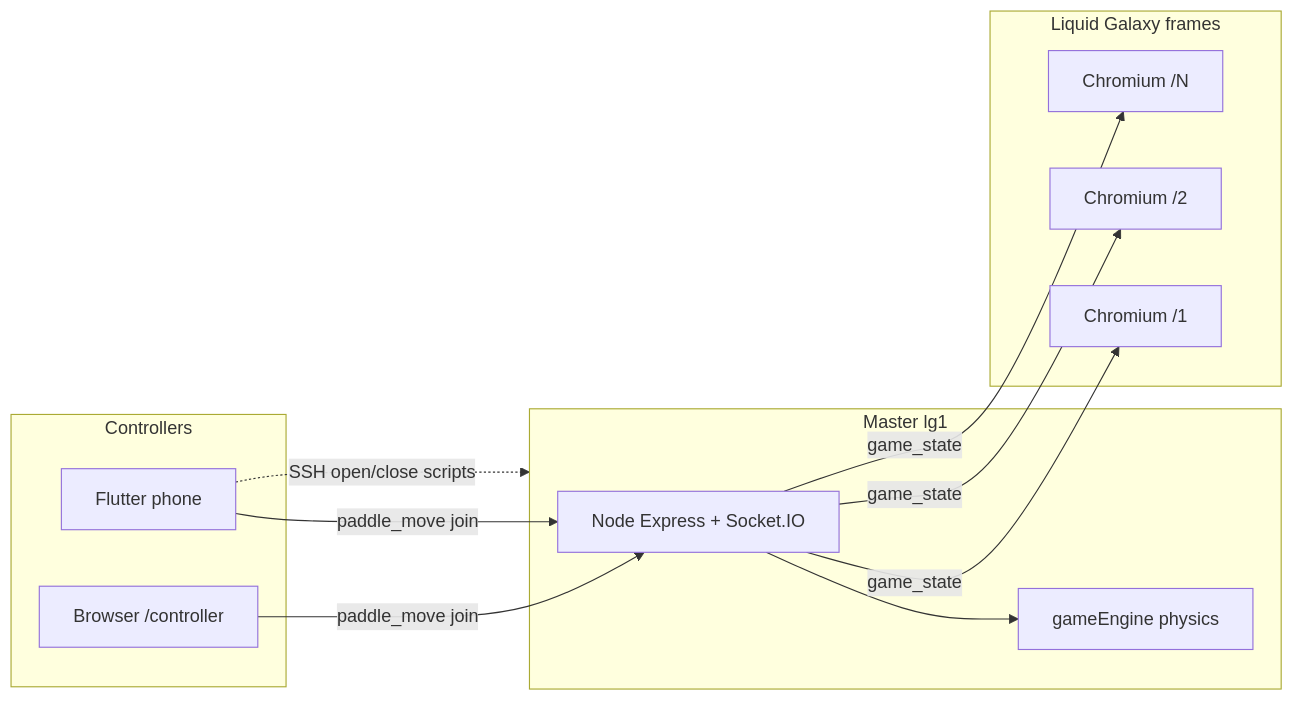
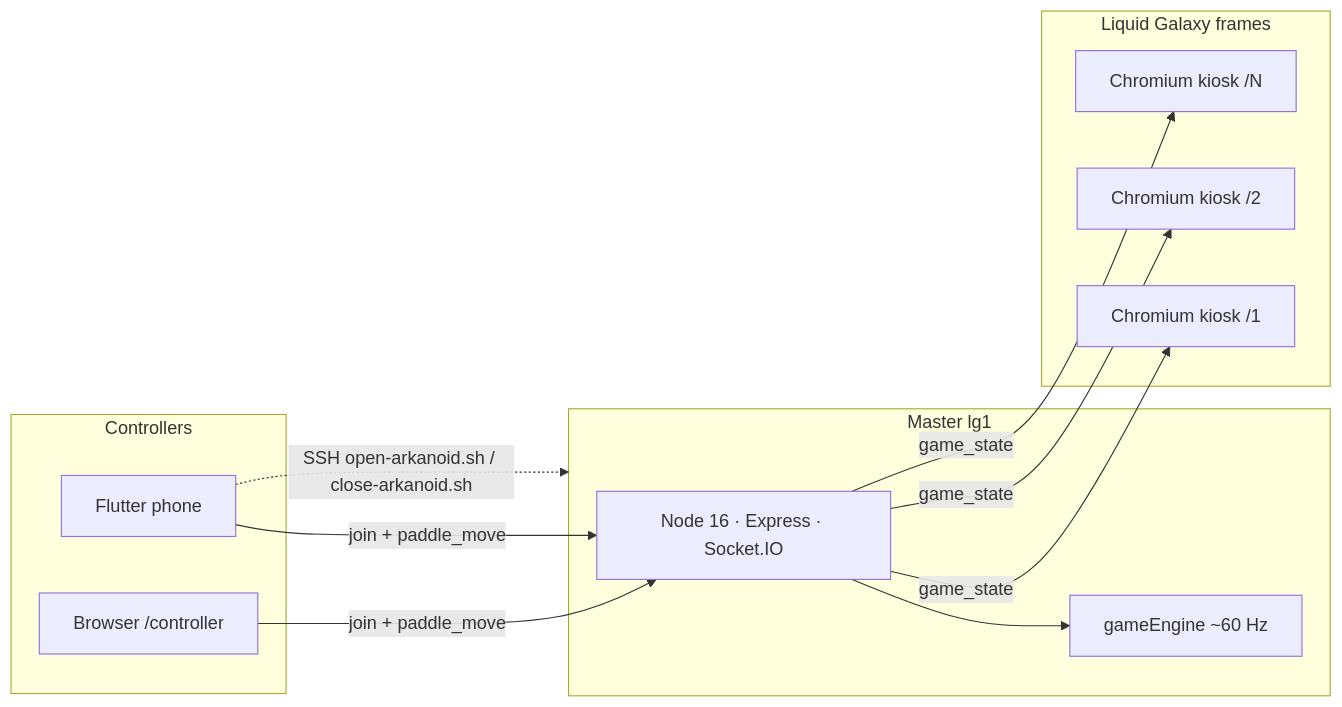
One commit to AnirudhPratapSinghYadav/LG-Arkanoid changed the first of 3 diagrams in README.md. Above: the diagram before and after it, drawn with Mermaid. The commit also changed other lines of this file and 53 other files, not shown here.

First line of the commit message:
Ship ARKANOID AI and a finished match HUD so the wall plays like a real Liquid Galaxy game.

````diff
--- a/README.md
+++ b/README.md
@@ -50,26 +308,26 @@
 ```mermaid
 flowchart LR
   subgraph phones [Controllers]
     P1[Flutter phone]
     P2[Browser /controller]
   end
 
   subgraph master [Master lg1]
-    S[Node Express + Socket.IO]
-    E[gameEngine physics]
+    S[Node 16 · Express · Socket.IO]
+    E[gameEngine ~60 Hz]
     S --> E
   end
 
   subgraph wall [Liquid Galaxy frames]
-    C1[Chromium /1]
-    C2[Chromium /2]
-    CN[Chromium /N]
+    C1[Chromium kiosk /1]
+    C2[Chromium kiosk /2]
+    CN[Chromium kiosk /N]
   end
 
-  P1 -->|paddle_move join| S
-  P2 -->|paddle_move join| S
+  P1 -->|join + paddle_move| S
+  P2 -->|join + paddle_move| S
   S -->|game_state| C1
   S -->|game_state| C2
   S -->|game_state| CN
-  P1 -.->|SSH open/close scripts| master
+  P1 -.->|SSH open-arkanoid.sh / close-arkanoid.sh| master
 ```
````
